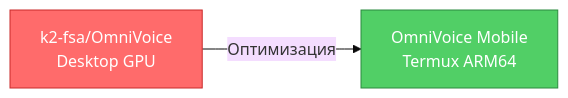
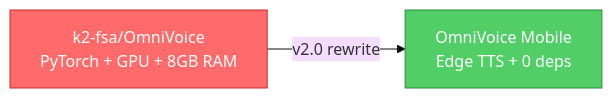
The first of 2 diagrams in README.md (kevinriverrrr-sudo/OmniVoice-Mobile), drawn with Mermaid (base theme) before and after one commit. The commit also changed other lines of this file, not shown here.

First line of the commit message:
docs: Update README for v2.0 Edge TTS architecture

````diff
--- a/README.md
+++ b/README.md
@@ -48,7 +41,7 @@
 ```mermaid
 graph LR
-    A["k2-fsa/OmniVoice<br/>Desktop GPU"] -->|"Оптимизация"| B["OmniVoice Mobile<br/>Termux ARM64"]
+    A["k2-fsa/OmniVoice<br/>PyTorch + GPU + 8GB RAM"] -->|"v2.0 rewrite"| B["OmniVoice Mobile<br/>Edge TTS + 0 deps"]
     
     style A fill:#ff6b6b,color:#fff,stroke:#c92a2a
     style B fill:#51cf66,color:#fff,stroke:#2b8a3e
 ```
````
